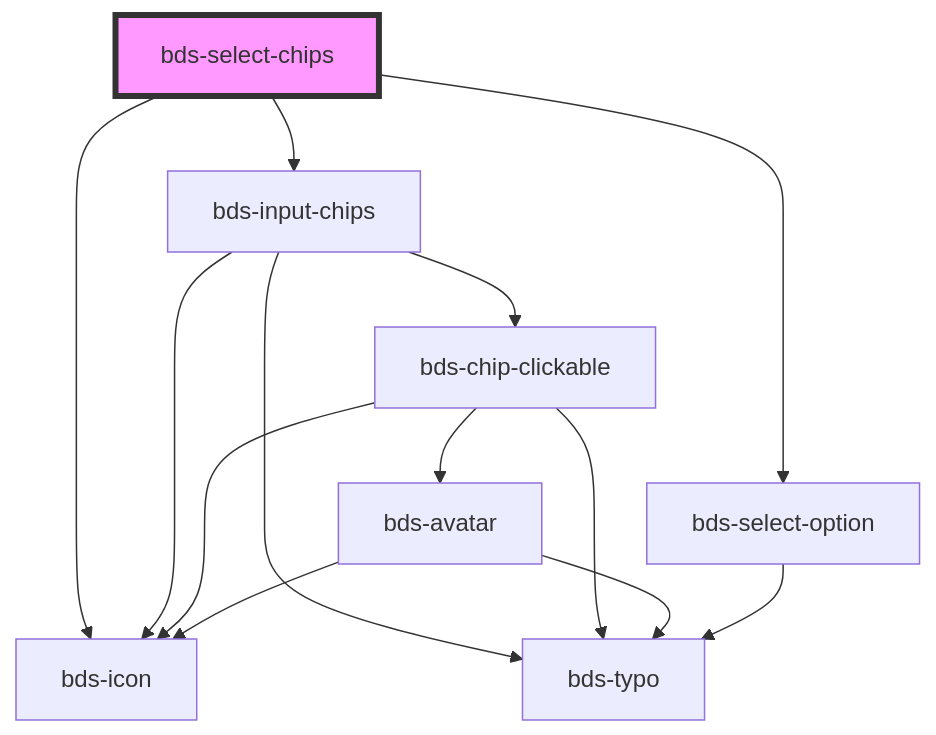
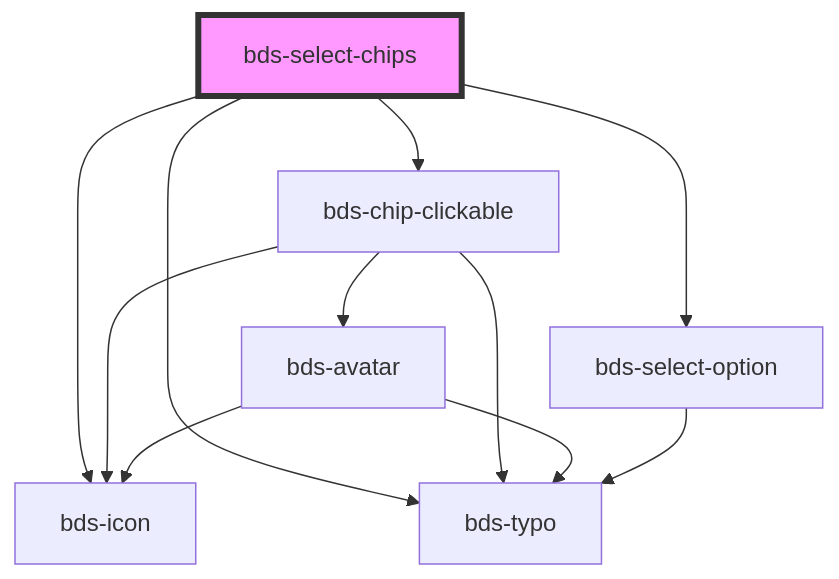
The diagram in src/components/selects/select-chips/readme.md (takenet/blip-ds), drawn with Mermaid before and after one commit. The commit also changed other lines of this file and 6 other files, not shown here.

Commit message:
fix(select-chips): uncapsulate input from select-chips

````diff
--- a/src/components/selects/select-chips/readme.md
+++ b/src/components/selects/select-chips/readme.md
@@ -70,16 +128,14 @@
 ```mermaid
 graph TD;
-  bds-select-chips --> bds-input-chips
+  bds-select-chips --> bds-chip-clickable
   bds-select-chips --> bds-icon
+  bds-select-chips --> bds-typo
   bds-select-chips --> bds-select-option
-  bds-input-chips --> bds-chip-clickable
-  bds-input-chips --> bds-icon
-  bds-input-chips --> bds-typo
   bds-chip-clickable --> bds-icon
   bds-chip-clickable --> bds-avatar
   bds-chip-clickable --> bds-typo
   bds-avatar --> bds-typo
   bds-avatar --> bds-icon
   bds-select-option --> bds-typo
   style bds-select-chips fill:#f9f,stroke:#333,stroke-width:4px
 ```
````
